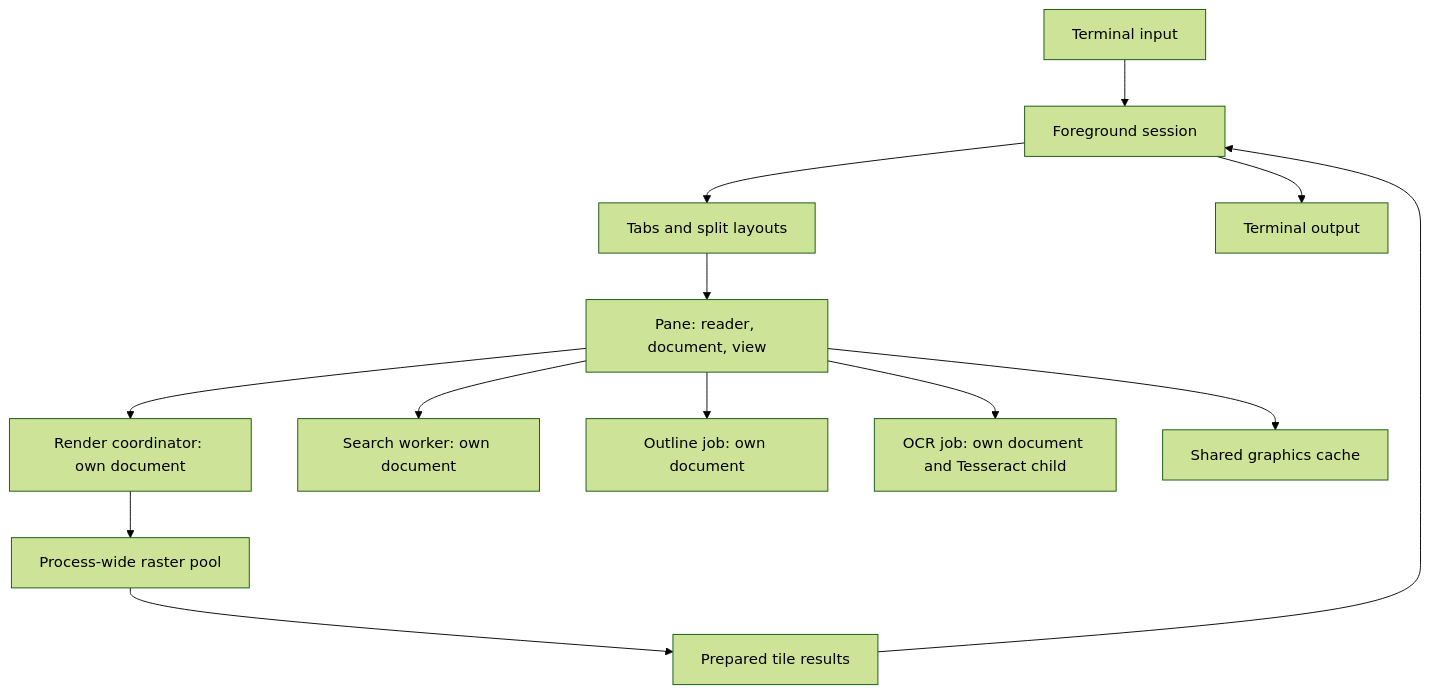
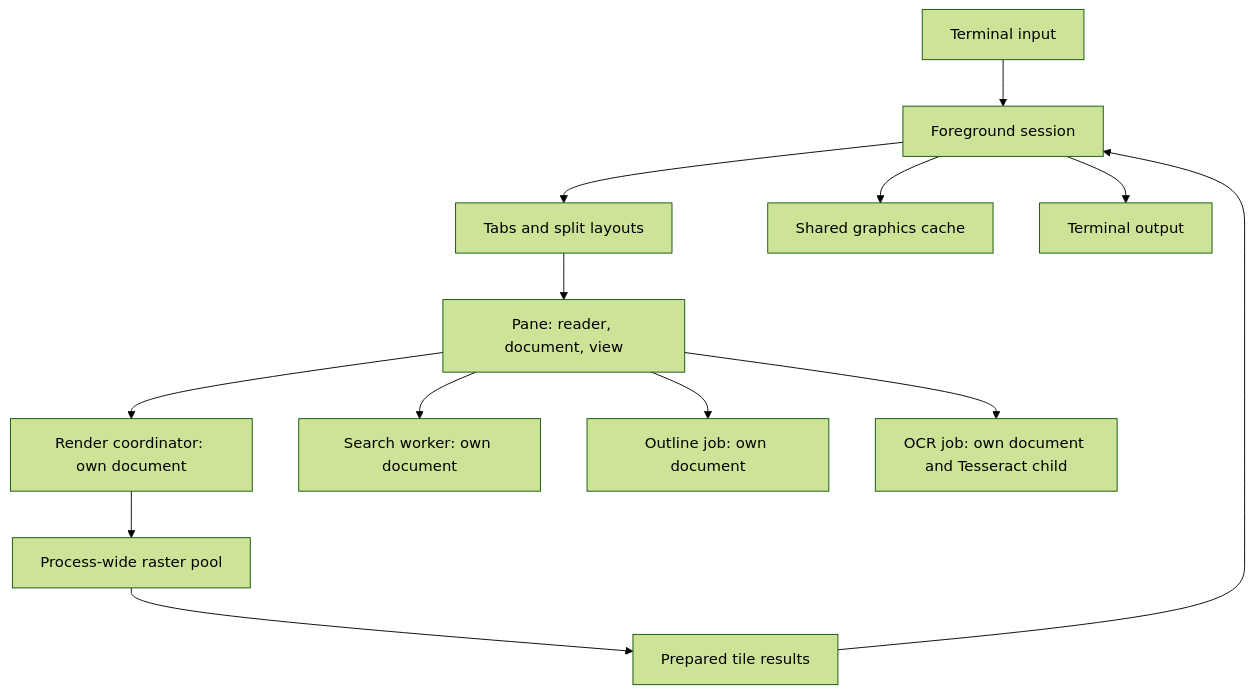
The diagram in docs/dev/arch.md (letientai299/vpdf), drawn with Mermaid (forest theme) before and after one commit. The commit also changed other lines of this file and 98 other files, not shown here.

````diff
--- a/docs/dev/arch.md
+++ b/docs/dev/arch.md
@@ -43,15 +43,15 @@
 ```mermaid
 flowchart TD
     Input[Terminal input] --> Session[Foreground session]
     Session --> Tabs[Tabs and split layouts]
     Tabs --> Pane[Pane: reader, document, view]
     Pane --> Coordinator[Render coordinator: own document]
     Pane --> Search[Search worker: own document]
     Pane --> Outline[Outline job: own document]
     Pane --> OCR[OCR job: own document and Tesseract child]
     Coordinator --> Pool[Process-wide raster pool]
-    Pane --> Graphics[Shared graphics cache]
+    Session --> Graphics[Shared graphics cache]
     Pool --> Results[Prepared tile results]
     Results --> Session
     Session --> Output[Terminal output]
 ```
````
